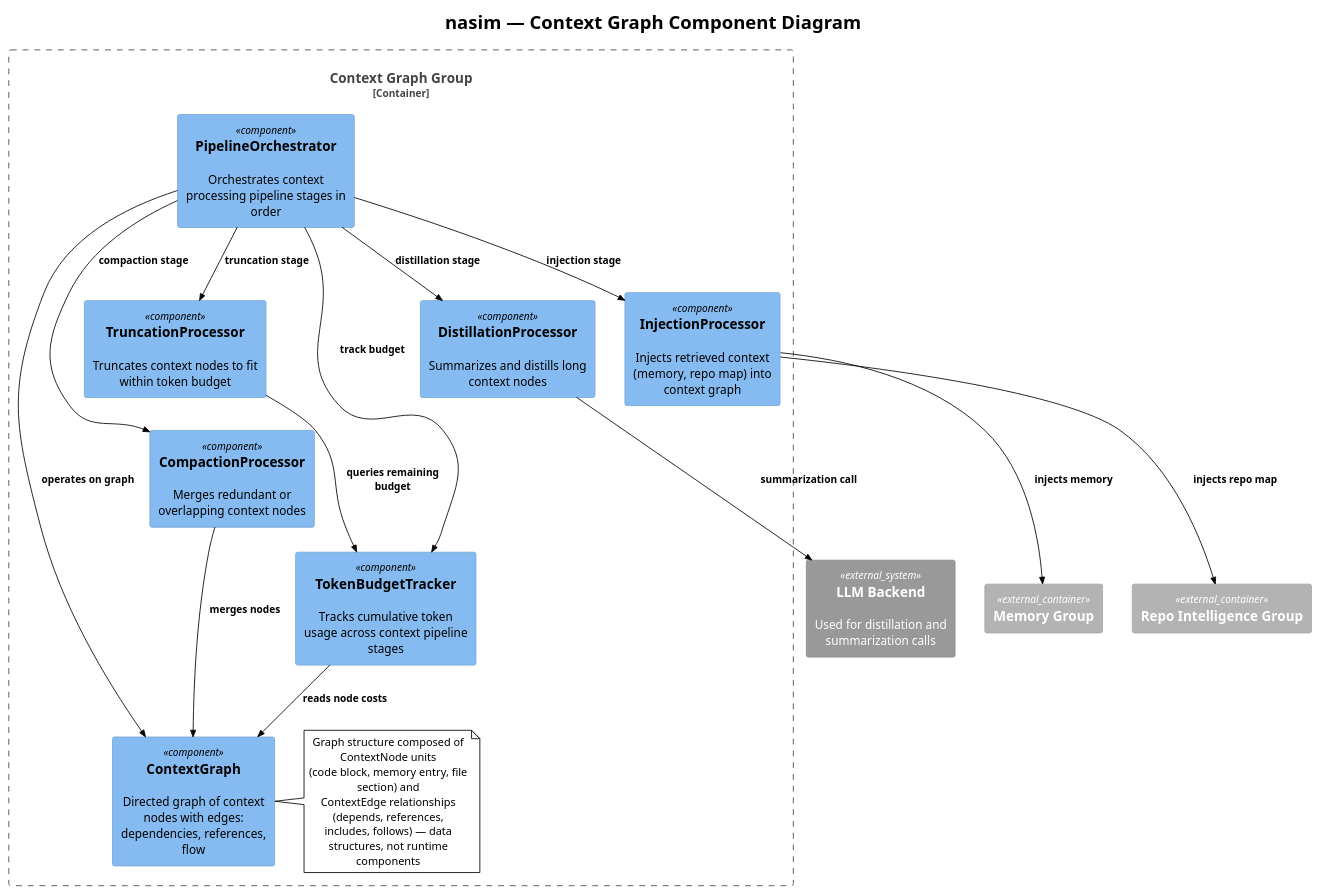
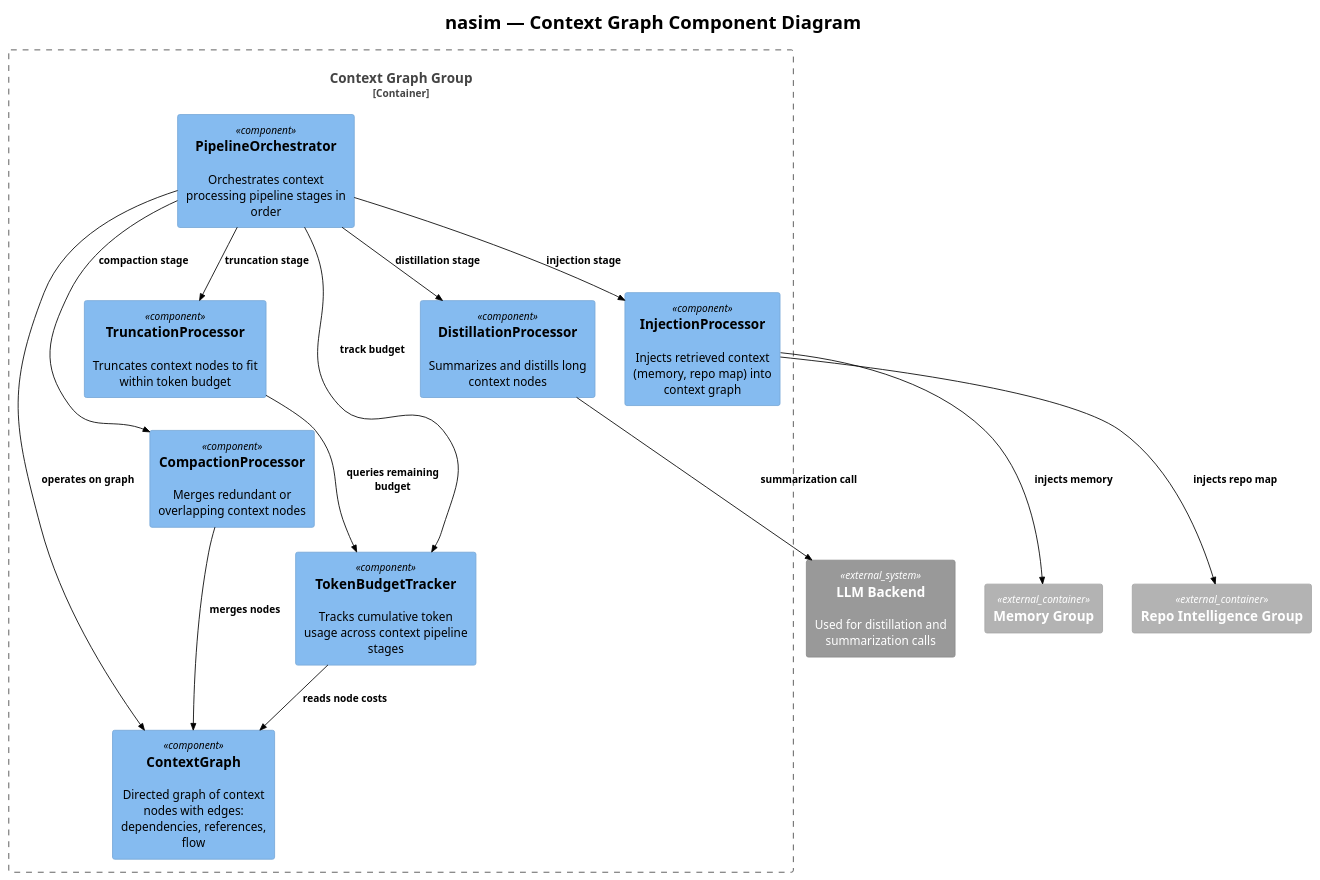
One commit to salimnamvar/nasim changed the diagram in docs/C4/c4_nasim_component_context_graph.puml. Above: the diagram before and after it, drawn with PlantUML. The commit also changed 1 other file, not shown here.

Commit message:
docs: Remove unnecessary notes from context graph and router component diagrams

```diff
--- a/docs/C4/c4_nasim_component_context_graph.puml
+++ b/docs/C4/c4_nasim_component_context_graph.puml
@@ -1,53 +1,46 @@
 @startuml c4_nasim_component_context_graph
 !include https://raw.githubusercontent.com/plantuml-stdlib/C4-PlantUML/v2.10.0/C4_Component.puml
 !theme plain
 
 
 ' ============================================================
 ' Title:     nasim — Context Graph Component Diagram
 ' Boundary:  nasim core library — Context Graph group
 ' Purpose:   Context pipeline: graph construction, truncation, distillation, injection, compaction
 ' Milestone: v1.0
 ' Version:   6.0.0
 ' Source:    docs/audit/audit.2026.06.20.deep.domain.audit.md
 ' Review:    —
 ' ============================================================
 
 title nasim — Context Graph Component Diagram
 
 Container_Boundary(context_graph_boundary, "Context Graph Group") {
     Component(context_graph, "ContextGraph", "", "Directed graph of context nodes with edges: dependencies, references, flow")
-    note right of context_graph
-      Graph structure composed of ContextNode units
-      (code block, memory entry, file section) and
-      ContextEdge relationships (depends, references,
-      includes, follows) — data structures, not runtime components
-    end note
-
     Component(pipeline_orchestrator, "PipelineOrchestrator", "", "Orchestrates context processing pipeline stages in order")
     Component(truncation_processor, "TruncationProcessor", "", "Truncates context nodes to fit within token budget")
     Component(distillation_processor, "DistillationProcessor", "", "Summarizes and distills long context nodes")
     Component(injection_processor, "InjectionProcessor", "", "Injects retrieved context (memory, repo map) into context graph")
     Component(compaction_processor, "CompactionProcessor", "", "Merges redundant or overlapping context nodes")
     Component(token_budget_tracker, "TokenBudgetTracker", "", "Tracks cumulative token usage across context pipeline stages")
 }
 
 Container_Ext(memory_group, "Memory Group")
 Container_Ext(repo_intelligence_group, "Repo Intelligence Group")
 System_Ext(llm_backend, "LLM Backend", "Used for distillation and summarization calls")
 
 
 Rel(pipeline_orchestrator, truncation_processor, "truncation stage")
 Rel(pipeline_orchestrator, distillation_processor, "distillation stage")
 Rel(pipeline_orchestrator, injection_processor, "injection stage")
 Rel(pipeline_orchestrator, compaction_processor, "compaction stage")
 Rel(pipeline_orchestrator, token_budget_tracker, "track budget")
 Rel(pipeline_orchestrator, context_graph, "operates on graph")
 Rel(distillation_processor, llm_backend, "summarization call")
 Rel(injection_processor, memory_group, "injects memory")
 Rel(injection_processor, repo_intelligence_group, "injects repo map")
 Rel(truncation_processor, token_budget_tracker, "queries remaining budget")
 Rel(compaction_processor, context_graph, "merges nodes")
 Rel(token_budget_tracker, context_graph, "reads node costs")
 
 @enduml
```
